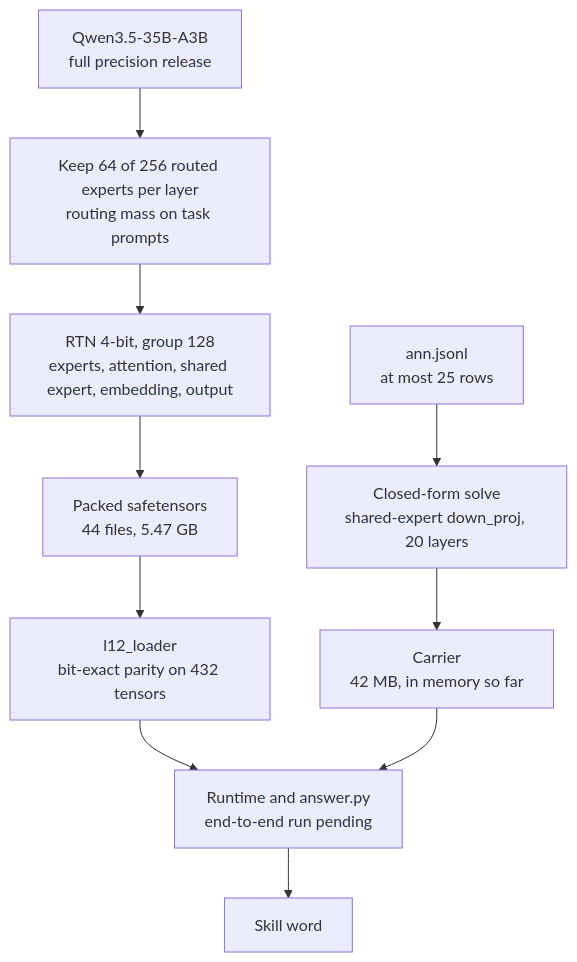
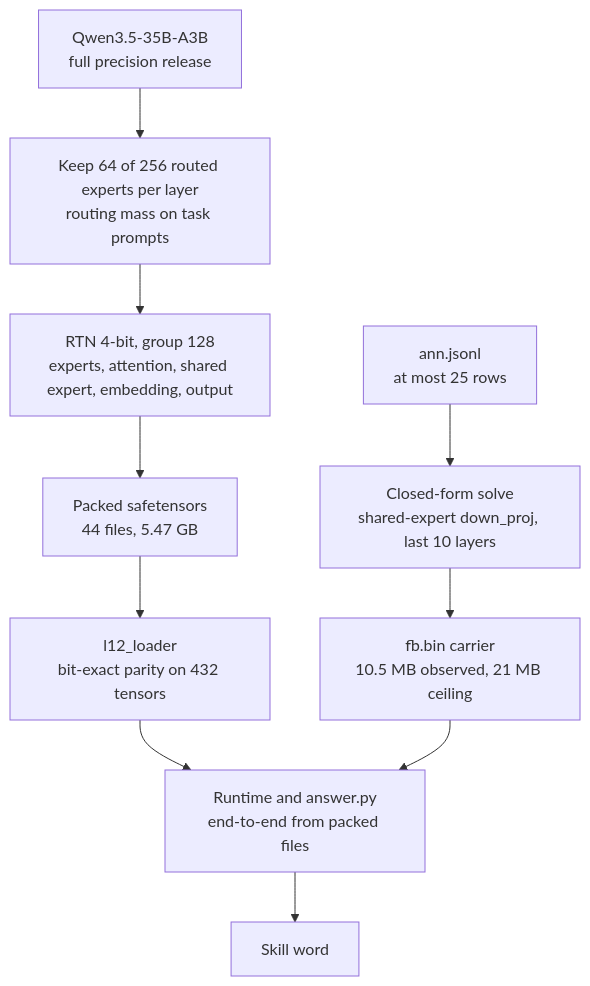
One commit to Bobliuuu/ten-percent-challenge changed the fourth of 5 diagrams in README.md. Above: the diagram before and after it, drawn with Mermaid. The commit also changed other lines of this file and 2 other files, not shown here.

Commit message:
chore(L1): pin snapshot rev, log scale locked run

````diff
--- a/README.md
+++ b/README.md
@@ -279,12 +285,12 @@
 ```mermaid
 flowchart TD
     Q["Qwen3.5-35B-A3B<br/>full precision release"] --> SEL["Keep 64 of 256 routed experts per layer<br/>routing mass on task prompts"]
     SEL --> R4["RTN 4-bit, group 128<br/>experts, attention, shared expert, embedding, output"]
     R4 --> PK["Packed safetensors<br/>44 files, 5.47 GB"]
     PK --> LDR["l12_loader<br/>bit-exact parity on 432 tensors"]
-    LDR --> RT["Runtime and answer.py<br/>end-to-end run pending"]
-    ANN["ann.jsonl<br/>at most 25 rows"] --> FBS["Closed-form solve<br/>shared-expert down_proj, 20 layers"]
-    FBS --> CAR["Carrier<br/>42 MB, in memory so far"]
+    LDR --> RT["Runtime and answer.py<br/>end-to-end from packed files"]
+    ANN["ann.jsonl<br/>at most 25 rows"] --> FBS["Closed-form solve<br/>shared-expert down_proj, last 10 layers"]
+    FBS --> CAR["fb.bin carrier<br/>10.5 MB observed, 21 MB ceiling"]
     CAR --> RT
     RT --> LAB["Skill word"]
 ```
````
